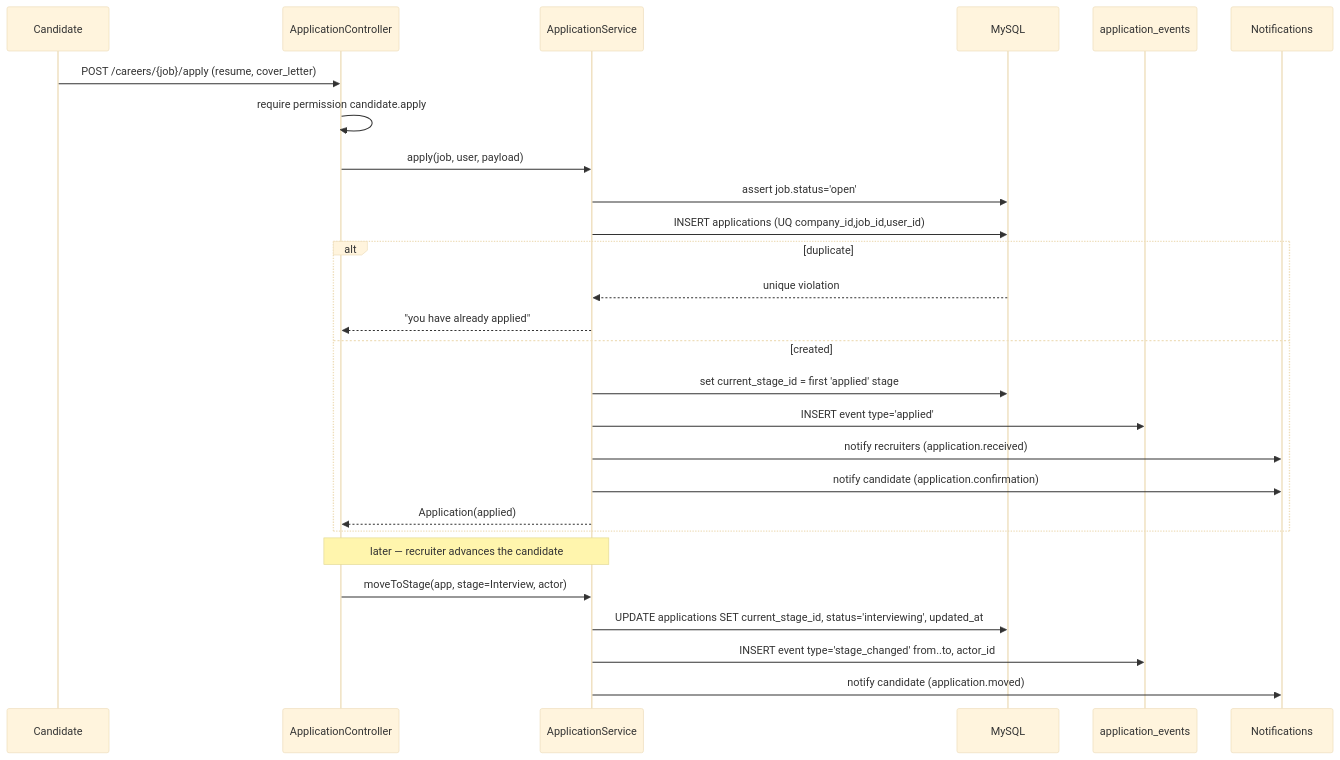
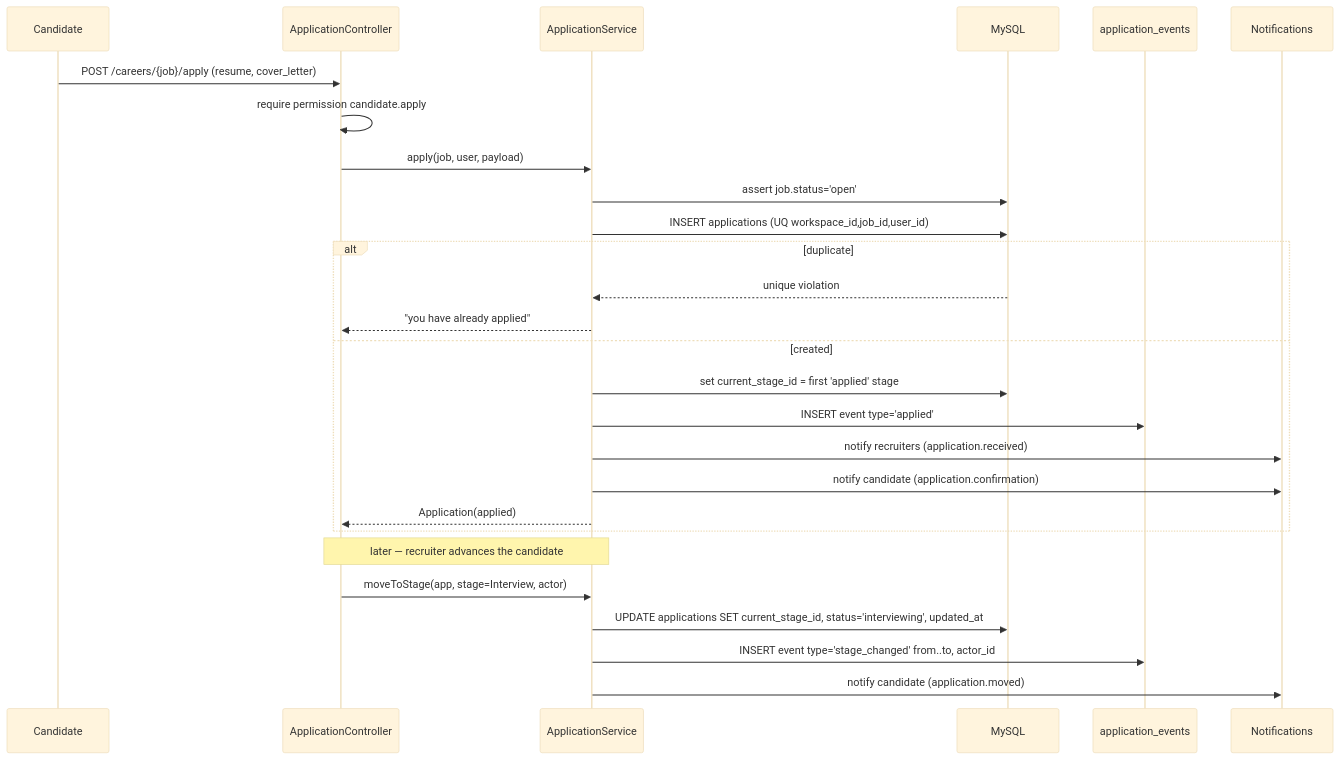
Before and after one commit to ammarnabileg/crm: the third of 3 diagrams in docs/25-Application-Lifecycle.md, drawn with Mermaid (base theme). The commit also changed other lines of this file and 47 other files, not shown here.

````diff
--- a/docs/25-Application-Lifecycle.md
+++ b/docs/25-Application-Lifecycle.md
@@ -113,31 +113,31 @@
 ```mermaid
 sequenceDiagram
     participant C as Candidate
     participant AC as ApplicationController
     participant AS as ApplicationService
     participant DB as MySQL
     participant EV as application_events
     participant N as Notifications
 
     C->>AC: POST /careers/{job}/apply (resume, cover_letter)
     AC->>AC: require permission candidate.apply
     AC->>AS: apply(job, user, payload)
     AS->>DB: assert job.status='open'
-    AS->>DB: INSERT applications (UQ company_id,job_id,user_id)
+    AS->>DB: INSERT applications (UQ workspace_id,job_id,user_id)
     alt duplicate
         DB-->>AS: unique violation
         AS-->>AC: "you have already applied"
     else created
         AS->>DB: set current_stage_id = first 'applied' stage
         AS->>EV: INSERT event type='applied'
         AS->>N: notify recruiters (application.received)
         AS->>N: notify candidate (application.confirmation)
         AS-->>AC: Application(applied)
     end
 
     Note over AC,AS: later — recruiter advances the candidate
     AC->>AS: moveToStage(app, stage=Interview, actor)
     AS->>DB: UPDATE applications SET current_stage_id, status='interviewing', updated_at
     AS->>EV: INSERT event type='stage_changed' from..to, actor_id
     AS->>N: notify candidate (application.moved)
 ```
````
